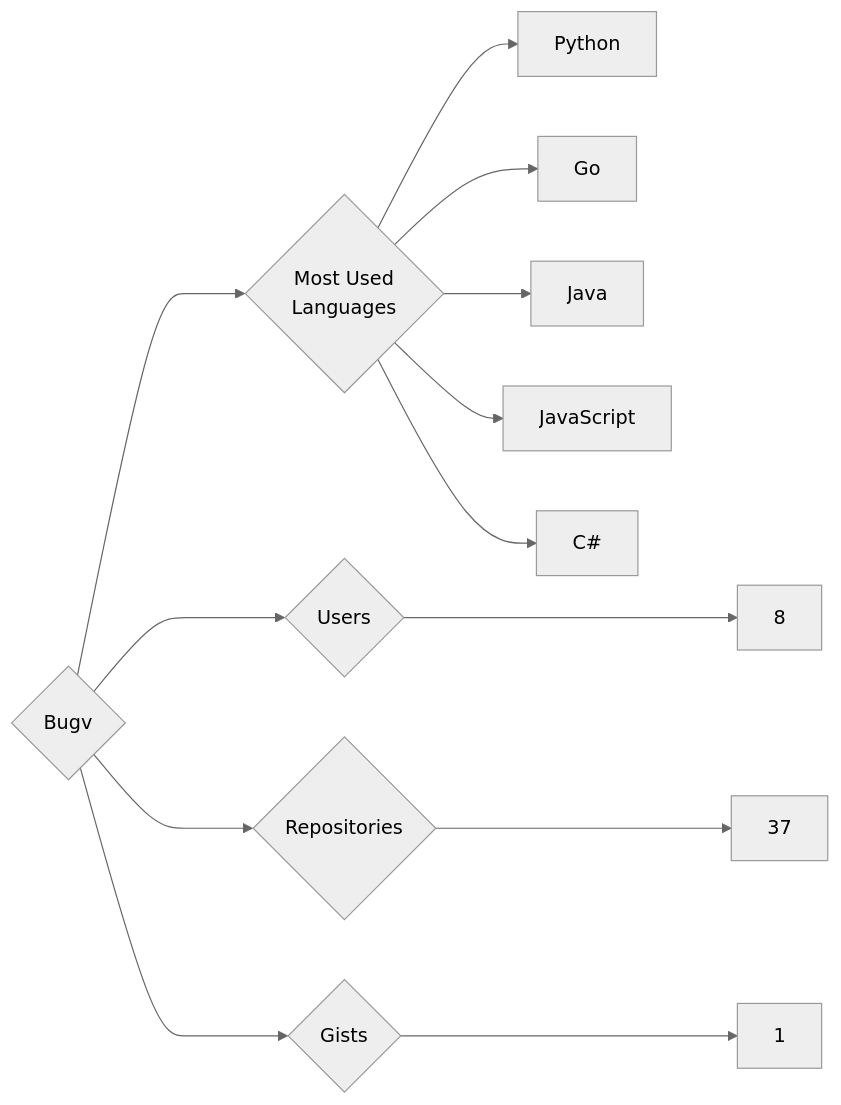
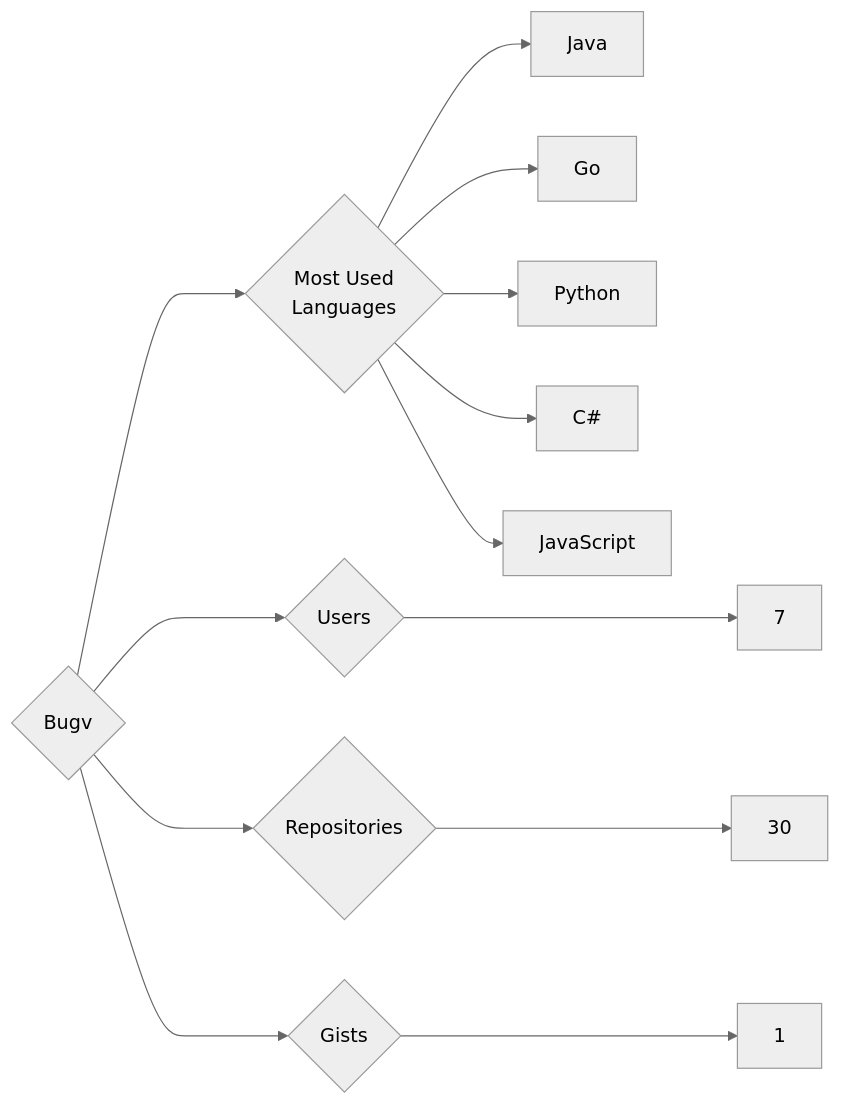
The diagram in targets/Bugv/README.md (trickest/insiders), drawn with Mermaid (neutral theme) before and after one commit. The commit also changed 912 other files, not shown here.

````diff
--- a/targets/Bugv/README.md
+++ b/targets/Bugv/README.md
@@ -3,13 +3,13 @@
 ```mermaid
 graph LR
 COMPANY_NAME{Bugv}
-COMPANY_NAME ---> U{Users} ---> UN[8]
-COMPANY_NAME ---> R{Repositories} ---> RN[37]
+COMPANY_NAME ---> U{Users} ---> UN[7]
+COMPANY_NAME ---> R{Repositories} ---> RN[30]
 COMPANY_NAME ---> G{Gists} ---> GN[1]
 COMPANY_NAME ---> ML{Most Used<br>Languages}
+ML --> Java[Java]
+ML --> Go[Go]
 ML --> Python[Python]
-ML --> Go[Go]
-ML --> Java[Java]
+ML --> C#[C#]
 ML --> JavaScript[JavaScript]
-ML --> C#[C#]
 ```
````
